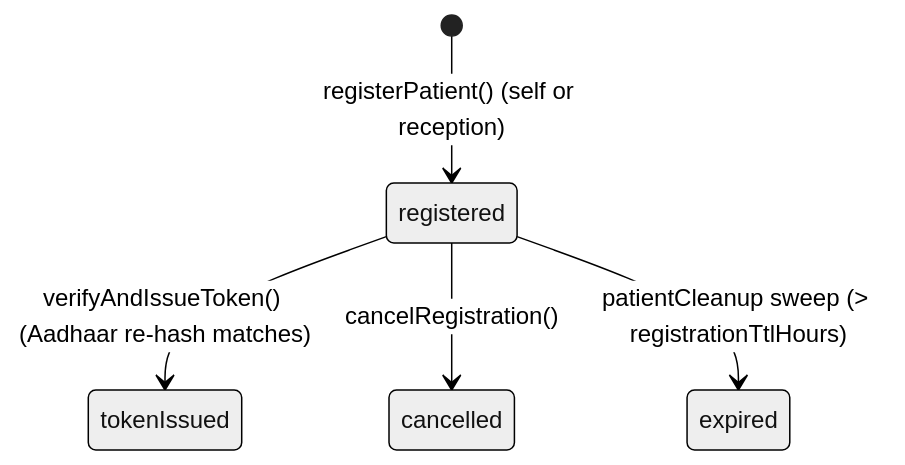
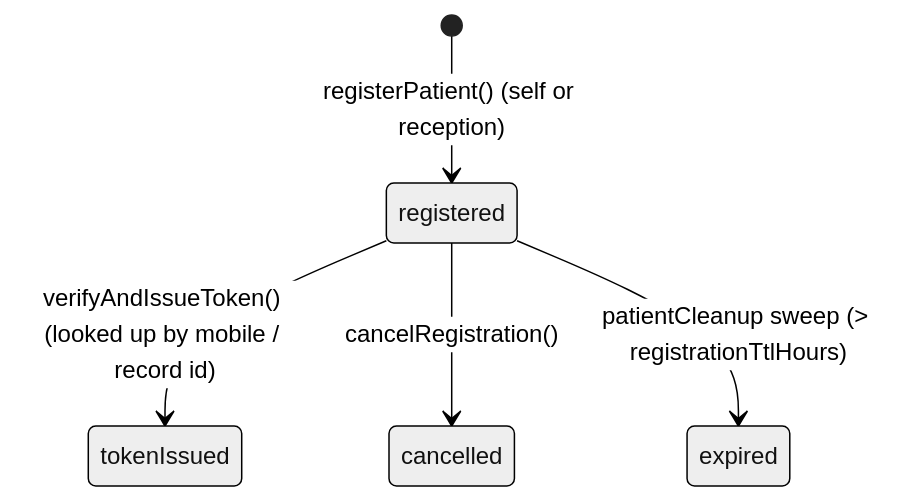
One commit to kpr11/Hospital-queueless-Ticket changed the eighth of 11 diagrams in docs/LLD-Backend.md. Above: the diagram before and after it, drawn with Mermaid (neutral theme). The commit also changed other lines of this file and 26 other files, not shown here.

````diff
--- a/docs/LLD-Backend.md
+++ b/docs/LLD-Backend.md
@@ -444,7 +442,7 @@
 ```mermaid
 stateDiagram-v2
     [*] --> registered : registerPatient() (self or reception)
-    registered --> tokenIssued : verifyAndIssueToken() (Aadhaar re-hash matches)
+    registered --> tokenIssued : verifyAndIssueToken() (looked up by mobile / record id)
     registered --> cancelled : cancelRegistration()
     registered --> expired : patientCleanup sweep (> registrationTtlHours)
 ```
````
